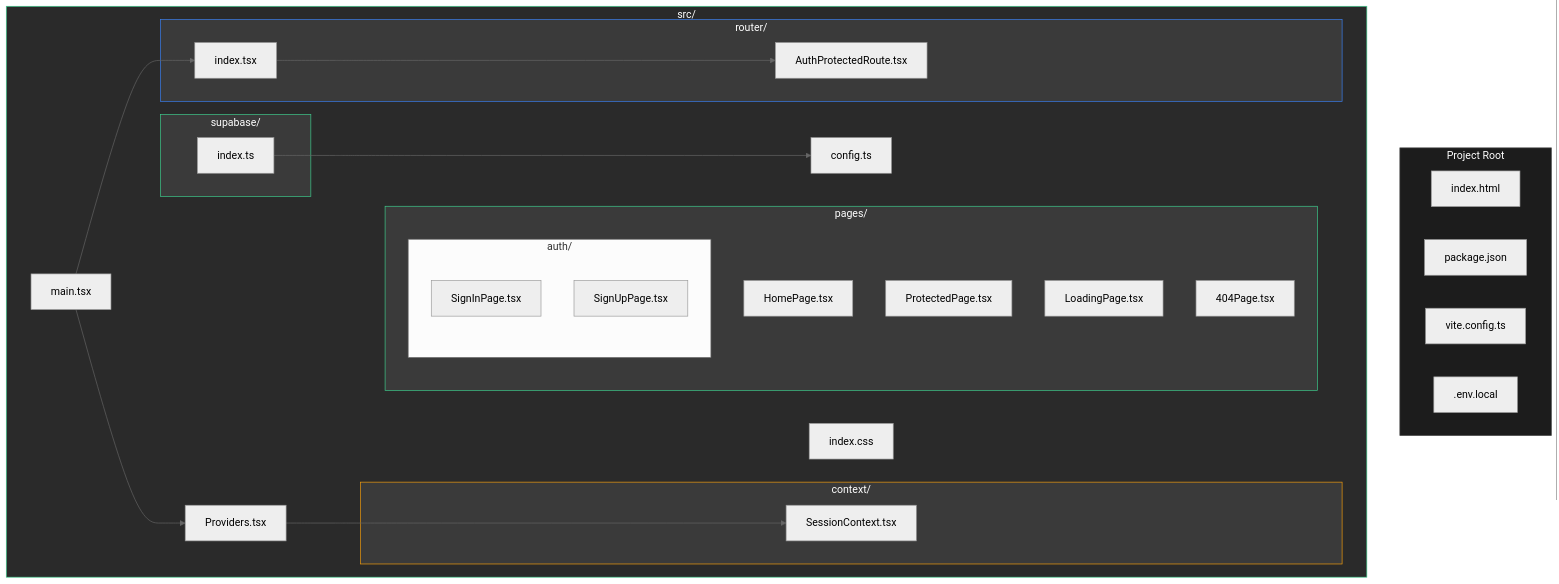
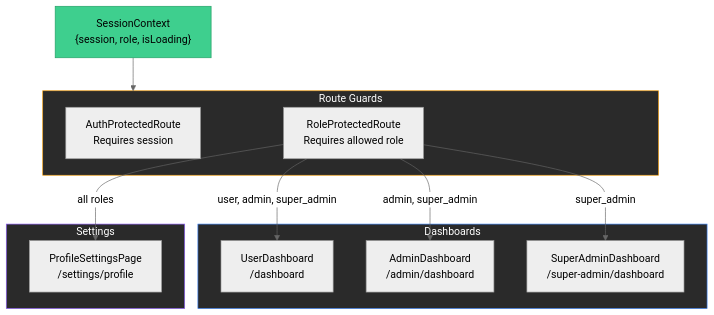
One commit to rezanaidji/PawConnect-Claude changed the second of 2 diagrams in README.md. Above: the diagram before and after it, drawn with Mermaid (neutral theme). The commit also changed other lines of this file and 25 other files, not shown here.

First line of the commit message:
feat: add RBAC, dashboards, profile settings, AI chat, and landing page

````diff
--- a/README.md
+++ b/README.md
@@ -179,54 +178,30 @@
 ```mermaid
 flowchart TD
-    subgraph Root["Project Root"]
-        index["index.html"]
-        pkg["package.json"]
-        vite["vite.config.ts"]
-        env[".env.local"]
+    Session["SessionContext<br/>{session, role, isLoading}"]
+
+    subgraph Guards["Route Guards"]
+        Auth["AuthProtectedRoute<br/>Requires session"]
+        Role["RoleProtectedRoute<br/>Requires allowed role"]
     end
 
-    subgraph Src["src/"]
-        main["main.tsx"]
-        prov["Providers.tsx"]
-        config["config.ts"]
-        css["index.css"]
-
-        subgraph Pages["pages/"]
-            home["HomePage.tsx"]
-            protected["ProtectedPage.tsx"]
-            loading["LoadingPage.tsx"]
-            notfound["404Page.tsx"]
-
-            subgraph AuthPages["auth/"]
-                signIn["SignInPage.tsx"]
-                signUp["SignUpPage.tsx"]
-            end
-        end
-
-        subgraph ContextDir["context/"]
-            session["SessionContext.tsx"]
-        end
-
-        subgraph RouterDir["router/"]
-            routerIndex["index.tsx"]
-            authProtected["AuthProtectedRoute.tsx"]
-        end
-
-        subgraph SupaDir["supabase/"]
-            supaIndex["index.ts"]
-        end
+    subgraph Dashboards["Dashboards"]
+        UD["UserDashboard<br/>/dashboard"]
+        AD["AdminDashboard<br/>/admin/dashboard"]
+        SAD["SuperAdminDashboard<br/>/super-admin/dashboard"]
     end
 
-    main --> prov
-    main --> routerIndex
-    prov --> session
-    routerIndex --> authProtected
-    supaIndex --> config
+    subgraph Settings["Settings"]
+        PS["ProfileSettingsPage<br/>/settings/profile"]
+    end
 
-    style Root fill:#1c1c1c,stroke:#4a4a4a,color:#fff
-    style Src fill:#2a2a2a,stroke:#3ecf8e,color:#fff
-    style Pages fill:#3a3a3a,stroke:#3ecf8e,color:#fff
-    style ContextDir fill:#3a3a3a,stroke:#f59e0b,color:#fff
-    style RouterDir fill:#3a3a3a,stroke:#3b82f6,color:#fff
-    style SupaDir fill:#3a3a3a,stroke:#3ecf8e,color:#fff
+    Session --> Guards
+    Role -->|"user, admin, super_admin"| UD
+    Role -->|"admin, super_admin"| AD
+    Role -->|"super_admin"| SAD
+    Role -->|"all roles"| PS
+
+    style Session fill:#3ecf8e,stroke:#229f65,color:#000
+    style Guards fill:#2a2a2a,stroke:#f59e0b,color:#fff
+    style Dashboards fill:#2a2a2a,stroke:#3b82f6,color:#fff
+    style Settings fill:#2a2a2a,stroke:#8b5cf6,color:#fff
 ```
````
